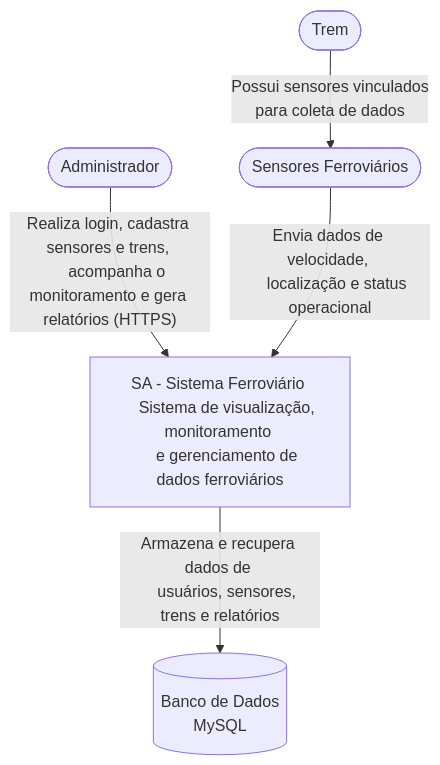
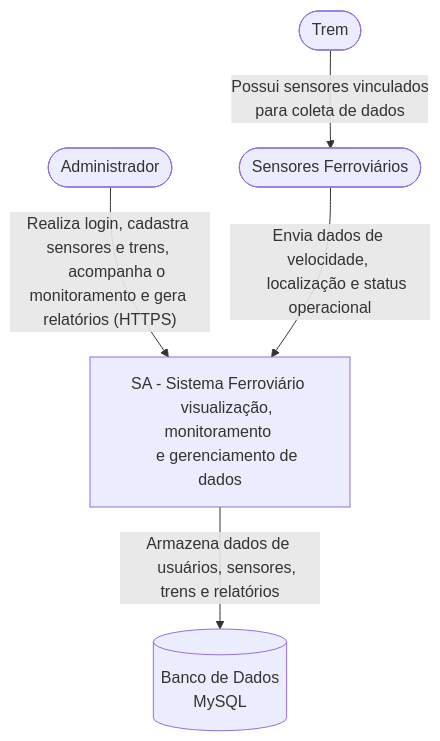
The diagram in README.md (MafraMP3/sa-ferrorama), drawn with Mermaid before and after one commit.

Commit message:
Fix formatting and update descriptions in README
Corrected text formatting and improved clarity in the README.

````diff
--- a/README.md
+++ b/README.md
@@ -81,26 +81,26 @@
 ```mermaid
 flowchart TB 
     Admin(["Administrador"]) 
     Sensores(["Sensores Ferroviários"]) 
     Trem(["Trem"]) 
  
     SA["SA - Sistema Ferroviário 
-    Sistema de visualização, monitoramento 
-    e gerenciamento de dados ferroviários"] 
+    visualização, monitoramento 
+    e gerenciamento de dados"] 
  
     Banco[("Banco de Dados 
     MySQL")] 
  
     Admin -- "Realiza login, cadastra sensores e trens, 
     acompanha o monitoramento e gera relatórios (HTTPS)" --> SA 
  
     Sensores -- "Envia dados de velocidade, 
     localização e status operacional" --> SA 
  
     Trem -- "Possui sensores vinculados 
     para coleta de dados" --> Sensores 
  
-    SA -- "Armazena e recupera dados de 
+    SA -- "Armazena dados de 
     usuários, sensores, trens e relatórios" --> Banco
 
 ```
````
